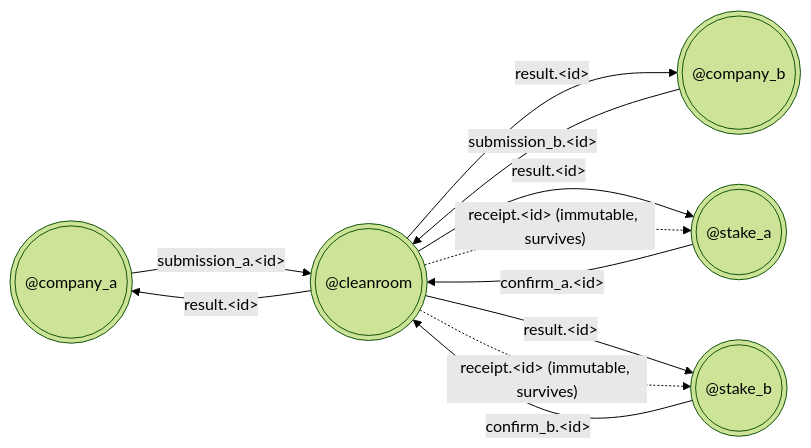
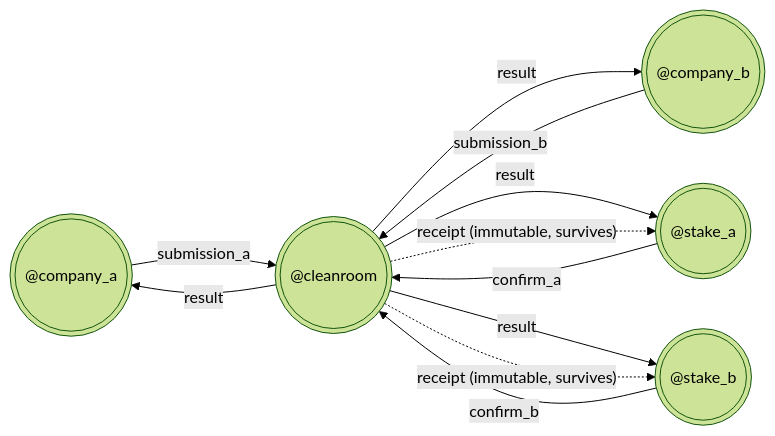
The fifth of 7 diagrams in README.md (AquibAquil/Self-Expiring-Data-Clean-Room), drawn with Mermaid (forest theme) before and after one commit. The commit also changed other lines of this file, not shown here.

````diff
--- a/README.md
+++ b/README.md
@@ -320,19 +320,19 @@
 ```mermaid
 flowchart LR
     A((("@company_a")))
     B((("@company_b")))
     CR((("@cleanroom")))
     SA((("@stake_a")))
     SB((("@stake_b")))
 
-    A -- "submission_a.&lt;id&gt;" --> CR
-    B -- "submission_b.&lt;id&gt;" --> CR
-    CR -- "result.&lt;id&gt;" --> A
-    CR -- "result.&lt;id&gt;" --> B
-    CR -- "result.&lt;id&gt;" --> SA
-    CR -- "result.&lt;id&gt;" --> SB
-    SA -- "confirm_a.&lt;id&gt;" --> CR
-    SB -- "confirm_b.&lt;id&gt;" --> CR
-    CR -. "receipt.&lt;id&gt; (immutable, survives)" .-> SA
-    CR -. "receipt.&lt;id&gt; (immutable, survives)" .-> SB
+    A -- "submission_a" --> CR
+    B -- "submission_b" --> CR
+    CR -- "result" --> A
+    CR -- "result" --> B
+    CR -- "result" --> SA
+    CR -- "result" --> SB
+    SA -- "confirm_a" --> CR
+    SB -- "confirm_b" --> CR
+    CR -. "receipt (immutable, survives)" .-> SA
+    CR -. "receipt (immutable, survives)" .-> SB
 ```
````
